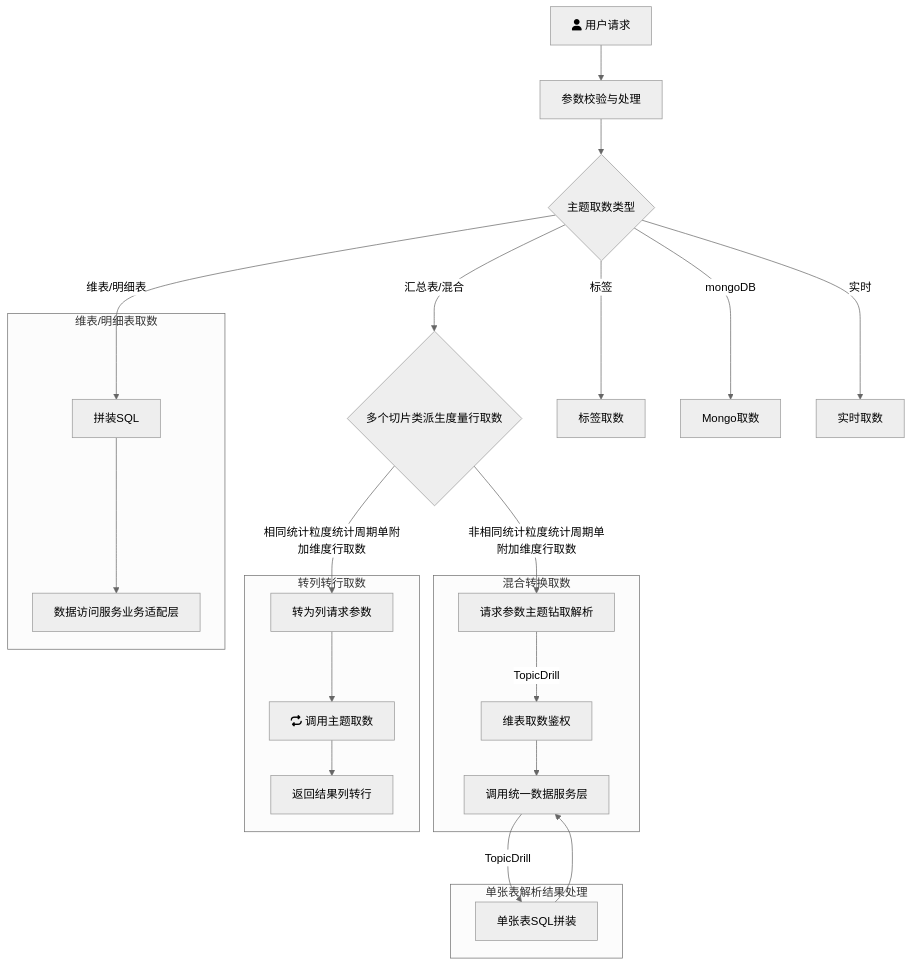
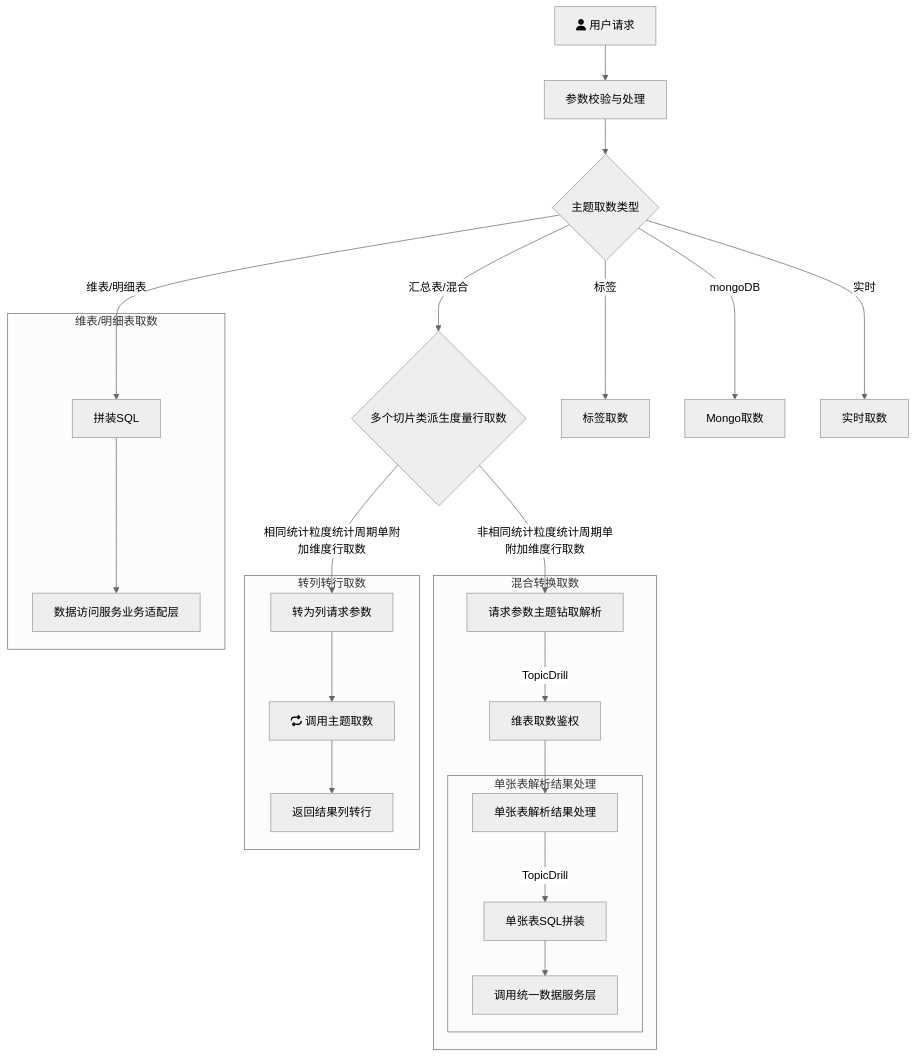
Before and after one commit to yanglosm/iodraw-files: the diagram in all/未命名.md, drawn with Mermaid (neutral theme).

Commit message:
2024-11-29 18:47:35 update

````diff
--- a/all/未命名.md
+++ b/all/未命名.md
@@ -1,23 +1,24 @@
 ```mermaid
 flowchart TD
     A[fa:fa-user 用户请求] -->A1[参数校验与处理] --> B{主题取数类型}
     B -->|维表/明细表| D[拼装SQL]
     B -->|汇总表/混合| E{多个切片类派生度量行取数}
     B -->|标签| F[标签取数]
     B -->|mongoDB| G[Mongo取数]
     B -->|实时| H[实时取数]
     E -->|相同统计粒度统计周期单附加维度行取数| E1[转为列请求参数]
     E -->|非相同统计粒度统计周期单附加维度行取数| T1[请求参数主题钻取解析]
     subgraph 维表/明细表取数
     D-->D1[数据访问服务业务适配层]
     end
     subgraph 转列转行取数
     E1-->E11[fa:fa-repeat 调用主题取数]-->E12[返回结果列转行]
     end
     subgraph 混合转换取数
     T1-->|TopicDrill| T2[维表取数鉴权] --> T3[单张表解析结果处理]
+
+    subgraph 单张表解析结果处理
+    T3-->|TopicDrill| T31[单张表SQL拼装] --> T32[调用统一数据服务层]
     end
-    subgraph 单张表解析结果处理
-    T3-->|TopicDrill| T31[单张表SQL拼装] --> T3[调用统一数据服务层]
-    end
+        end
 ```
````
